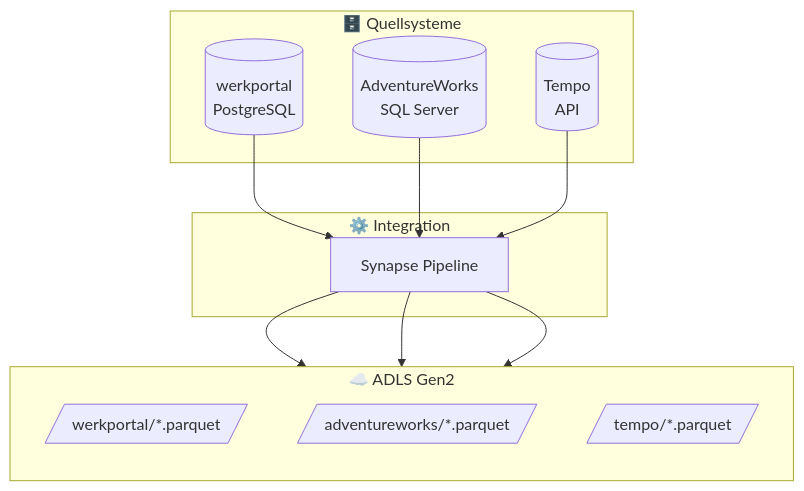
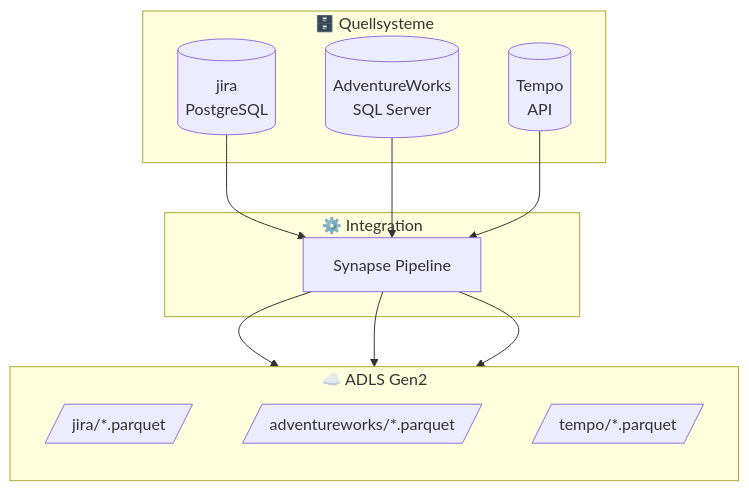
Before and after one commit to fellnerd/datavault-dbt: the diagram in design/staging/source_mapping.md, drawn with Mermaid. The commit also changed other lines of this file and 31 other files, not shown here.

````diff
--- a/design/staging/source_mapping.md
+++ b/design/staging/source_mapping.md
@@ -5,26 +5,26 @@
 ```mermaid
 flowchart TB
     subgraph Sources["🗄️ Quellsysteme"]
-        WP[(werkportal<br/>PostgreSQL)]
+        WP[(jira<br/>PostgreSQL)]
         AW[(AdventureWorks<br/>SQL Server)]
         TEMPO[(Tempo<br/>API)]
     end
     
     subgraph Pipeline["⚙️ Integration"]
         SYN[Synapse Pipeline]
     end
     
     subgraph Storage["☁️ ADLS Gen2"]
         direction TB
-        P1[/werkportal/*.parquet/]
+        P1[/jira/*.parquet/]
         P2[/adventureworks/*.parquet/]
         P3[/tempo/*.parquet/]
     end
     
     WP --> SYN
     AW --> SYN
     TEMPO --> SYN
     SYN --> P1
     SYN --> P2
     SYN --> P3
 ```
````
